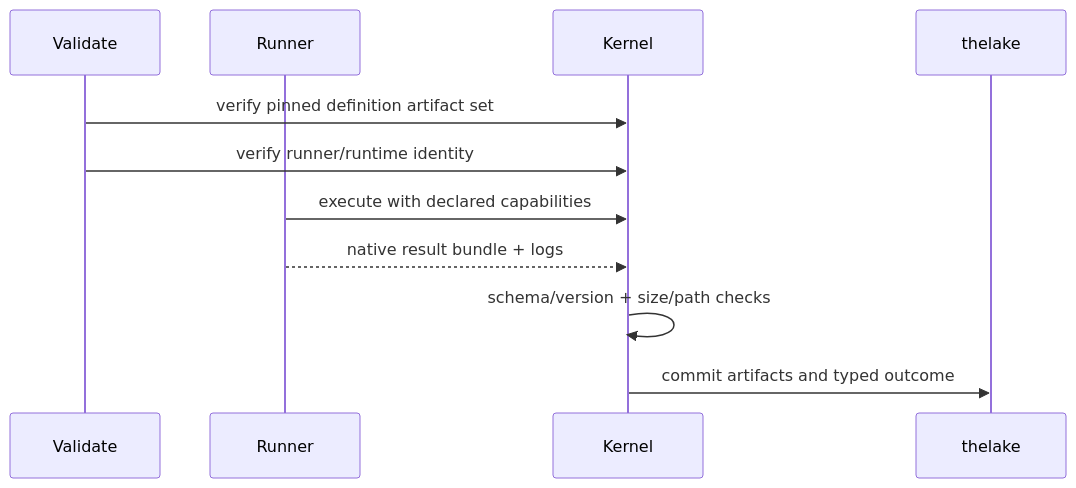
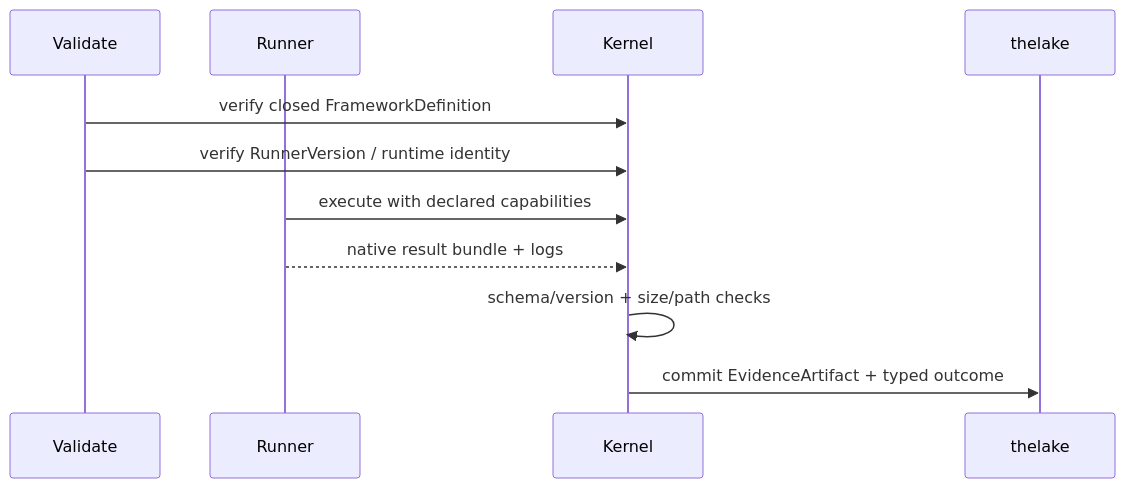
Before and after one commit to softprobe/document-website: the third of 3 diagrams in en/evaluation/concepts/native-model-and-adapters.md, drawn with Mermaid. The commit also changed other lines of this file and 57 other files, not shown here.

````diff
--- a/en/evaluation/concepts/native-model-and-adapters.md
+++ b/en/evaluation/concepts/native-model-and-adapters.md
@@ -89,14 +93,14 @@
 ```mermaid
 sequenceDiagram
   participant V as Validate
   participant R as Runner
   participant K as Kernel
   participant L as thelake
 
-  V->>K: verify pinned definition artifact set
-  V->>K: verify runner/runtime identity
+  V->>K: verify closed FrameworkDefinition
+  V->>K: verify RunnerVersion / runtime identity
   R->>K: execute with declared capabilities
   R-->>K: native result bundle + logs
   K->>K: schema/version + size/path checks
-  K->>L: commit artifacts and typed outcome
+  K->>L: commit EvidenceArtifact + typed outcome
 ```
````
